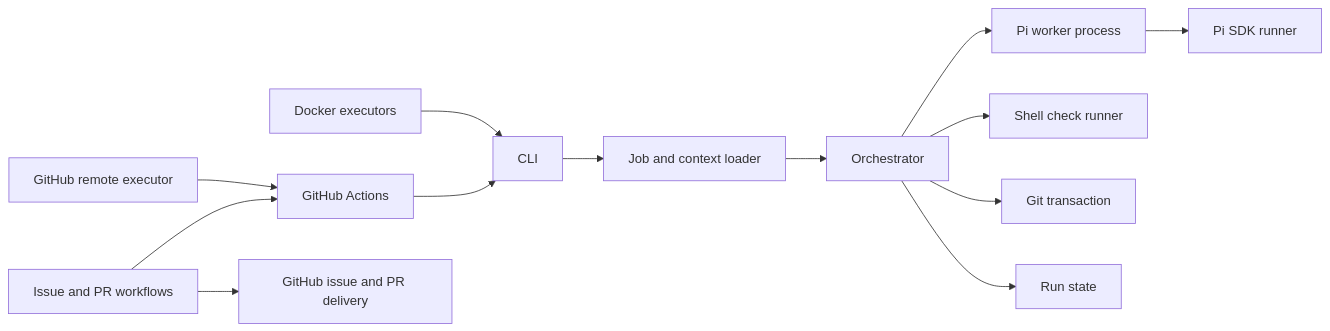
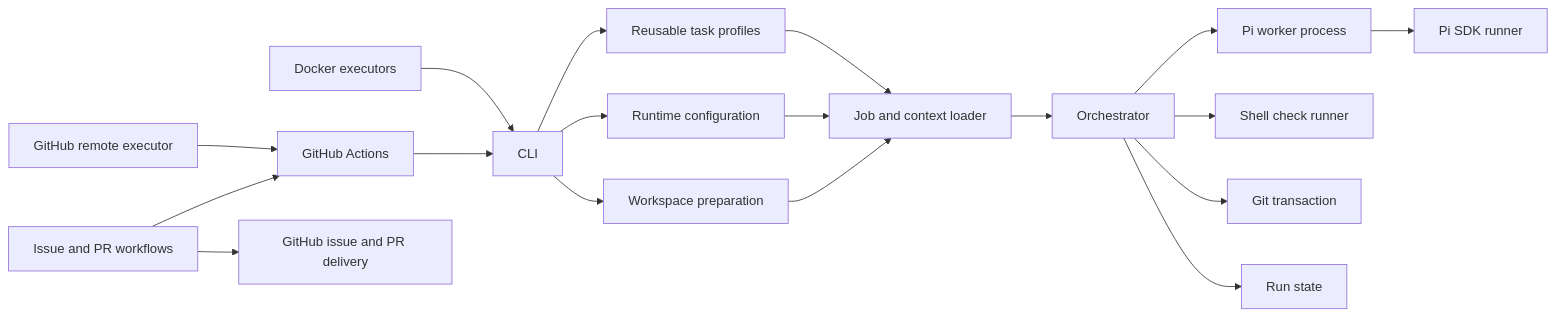
One commit to OctopusGarage/ralphworks changed the first of 3 diagrams in docs/ARCHITECTURE.md. Above: the diagram before and after it, drawn with Mermaid. The commit also changed other lines of this file and 332 other files, not shown here.

First line of the commit message:
feat: add reusable task profiles and an offline skill hub

````diff
--- a/docs/ARCHITECTURE.md
+++ b/docs/ARCHITECTURE.md
@@ -5,15 +5,20 @@
 ```mermaid
 flowchart LR
-    CLI[CLI] --> Job[Job and context loader]
+    CLI[CLI] --> Profile[Reusable task profiles]
+    CLI --> Runtime[Runtime configuration]
+    CLI --> Workspace[Workspace preparation]
+    Profile --> Job[Job and context loader]
+    Runtime --> Job
+    Workspace --> Job
     Job --> Orchestrator[Orchestrator]
     Orchestrator --> Worker[Pi worker process]
     Worker --> Runner[Pi SDK runner]
     Orchestrator --> Checks[Shell check runner]
     Orchestrator --> Git[Git transaction]
     Orchestrator --> State[Run state]
     Docker[Docker executors] --> CLI
     Remote[GitHub remote executor] --> Actions[GitHub Actions]
     Scenarios[Issue and PR workflows] --> Actions
     Actions --> CLI
     Scenarios --> Delivery[GitHub issue and PR delivery]
 ```
````
